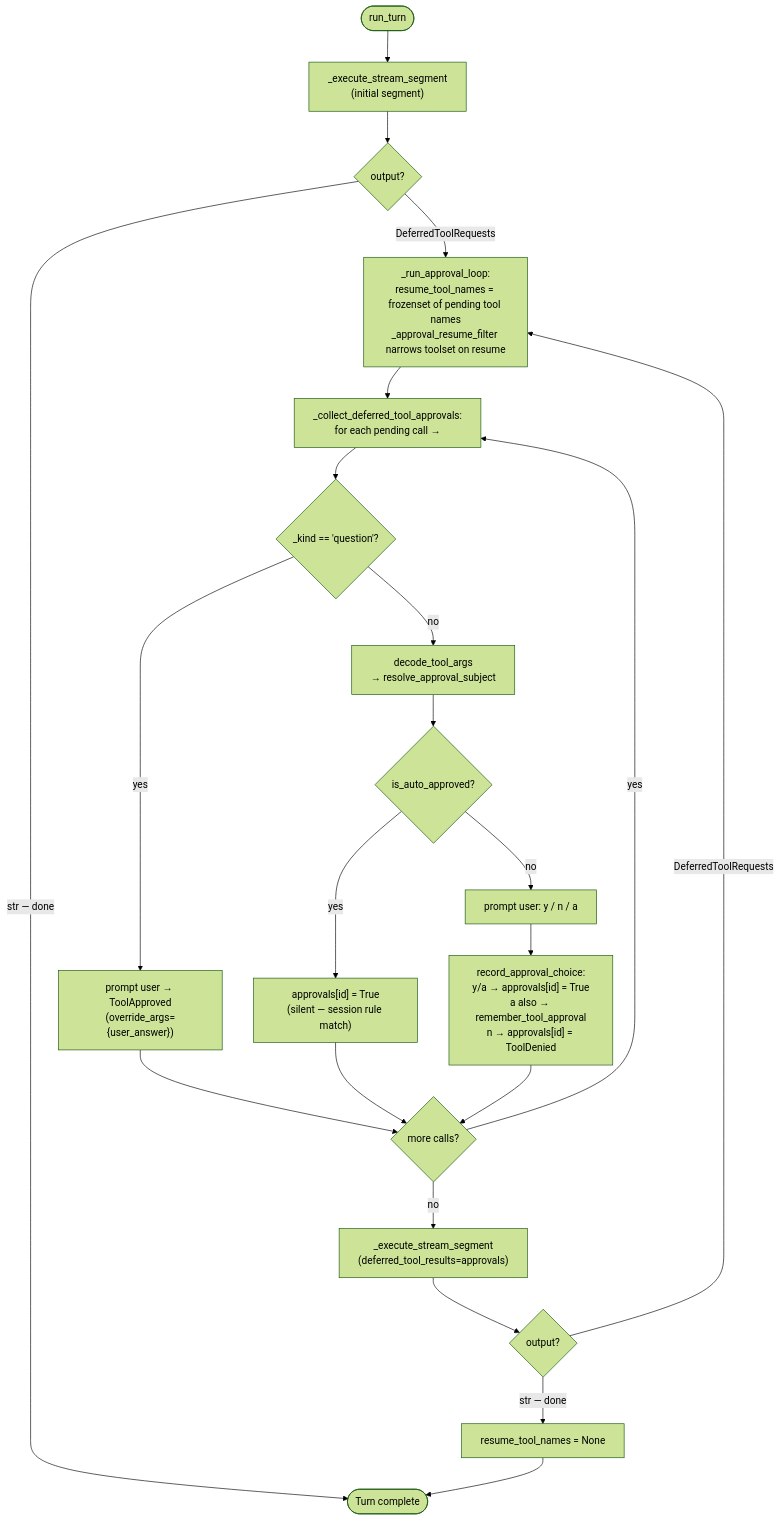
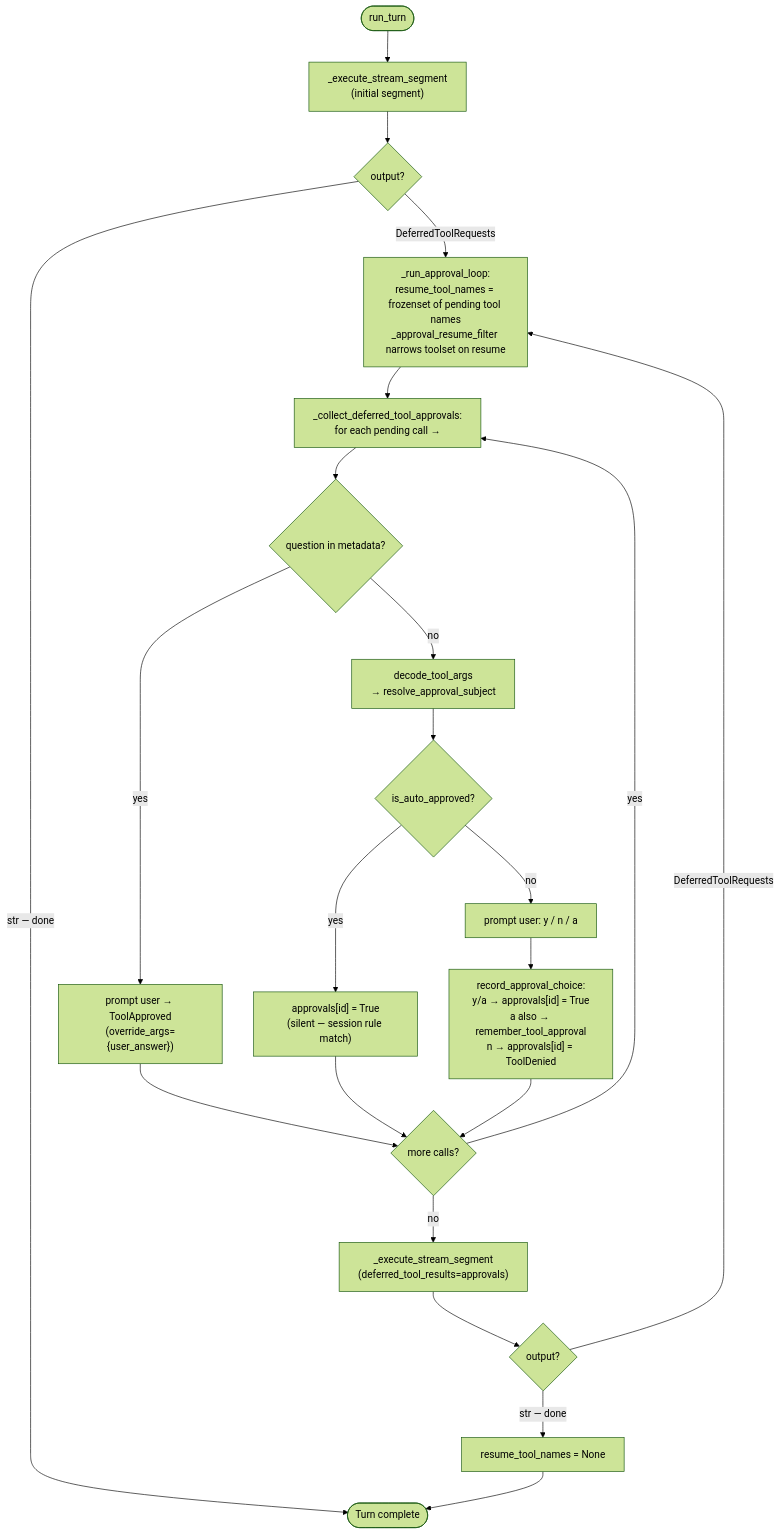
Before and after one commit to binlecode/co-cli: the diagram in docs/specs/tools.md, drawn with Mermaid (forest theme). The commit also changed 23 other files, not shown here.

````diff
--- a/docs/specs/tools.md
+++ b/docs/specs/tools.md
@@ -43,31 +43,31 @@
 ```mermaid
 flowchart TD
     TURN([run_turn]) --> SEG["_execute_stream_segment\n(initial segment)"]
     SEG --> T{output?}
 
     T -->|str — done| DONE([Turn complete])
     T -->|DeferredToolRequests| SETNAMES["_run_approval_loop:\nresume_tool_names = frozenset of pending tool names\n_approval_resume_filter narrows toolset on resume"]
 
     SETNAMES --> COLLECT["_collect_deferred_tool_approvals:\nfor each pending call →"]
 
-    COLLECT --> QK{_kind == 'question'?}
+    COLLECT --> QK{"question" in metadata?}
     QK -->|yes| QANS["prompt user → ToolApproved\n(override_args={user_answer})"]
     QK -->|no| STD["decode_tool_args\n→ resolve_approval_subject"]
 
     STD --> AUTO{is_auto_approved?}
     AUTO -->|yes| SILENT["approvals[id] = True\n(silent — session rule match)"]
     AUTO -->|no| PROMPT["prompt user: y / n / a"]
     PROMPT --> REC["record_approval_choice:\ny/a → approvals[id] = True\na also → remember_tool_approval\nn → approvals[id] = ToolDenied"]
 
     QANS --> MORE{more calls?}
     SILENT --> MORE
     REC --> MORE
 
     MORE -->|yes| COLLECT
     MORE -->|no| RESUME["_execute_stream_segment\n(deferred_tool_results=approvals)"]
 
     RESUME --> AGAIN{output?}
     AGAIN -->|DeferredToolRequests| SETNAMES
     AGAIN -->|str — done| CLEAR["resume_tool_names = None"]
     CLEAR --> DONE
 ```
````
